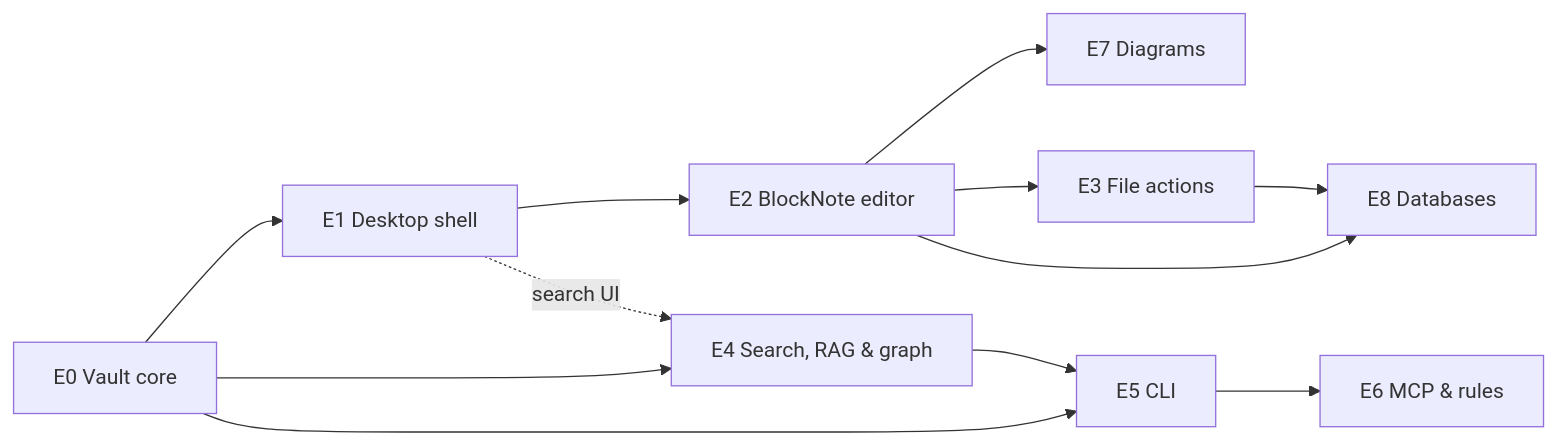
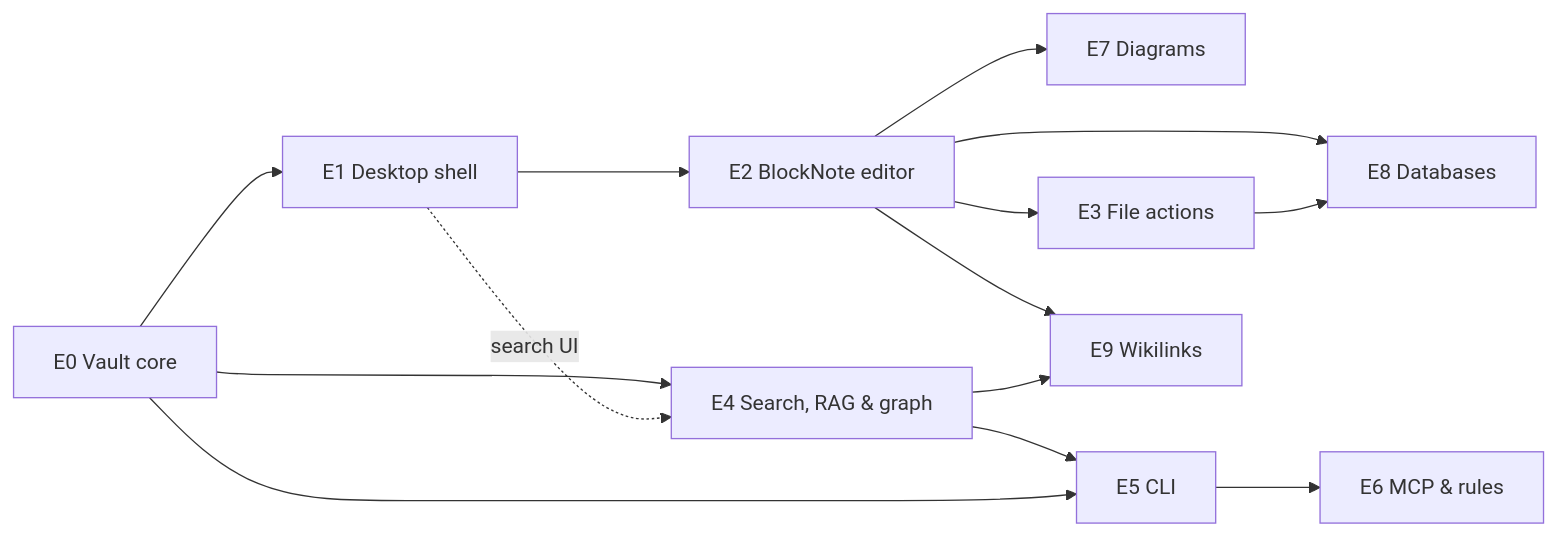
One commit to muhammaddadu/second-brain changed the diagram in docs/product/epics/index.md. Above: the diagram before and after it, drawn with Mermaid. The commit also changed 15 other files, not shown here.

````diff
--- a/docs/product/epics/index.md
+++ b/docs/product/epics/index.md
@@ -35,14 +35,16 @@
 ```mermaid
 graph LR
     E0[E0 Vault core] --> E1[E1 Desktop shell]
     E1 --> E2[E2 BlockNote editor]
     E2 --> E7[E7 Diagrams]
     E2 --> E3[E3 File actions]
     E0 --> E4[E4 Search, RAG & graph]
     E1 -.search UI.-> E4
     E4 --> E5[E5 CLI]
     E0 --> E5
     E5 --> E6[E6 MCP & rules]
     E2 --> E8[E8 Databases]
     E3 --> E8
+    E2 --> E9[E9 Wikilinks]
+    E4 --> E9
 ```
````
